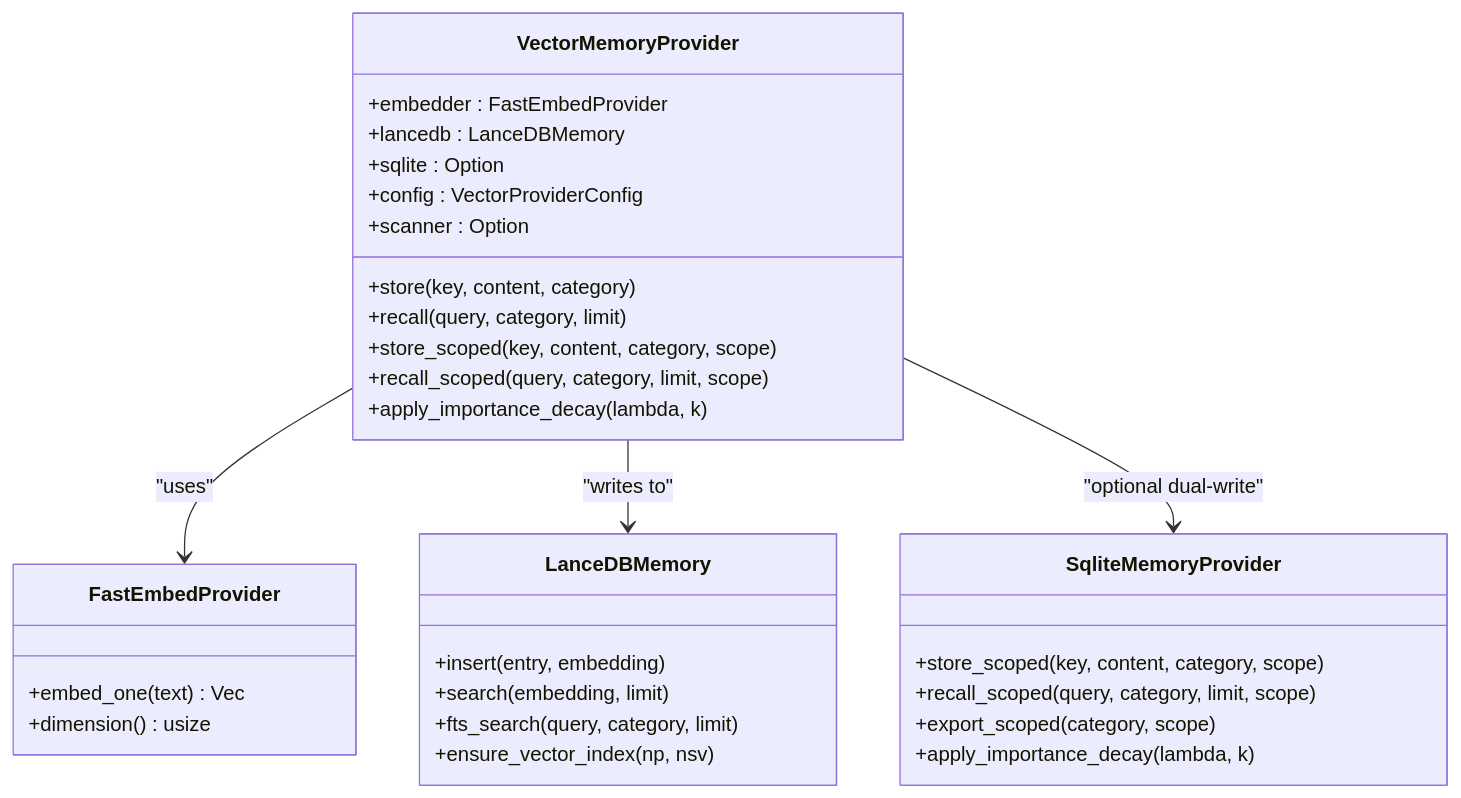
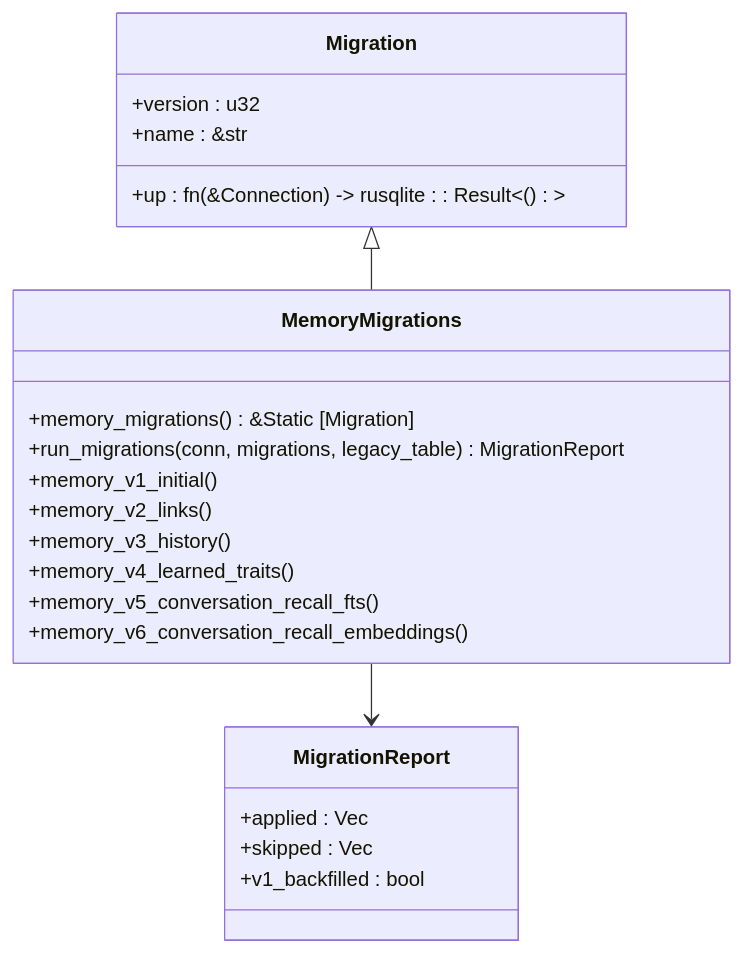
One commit to novolei/if2Ai changed the third of 4 diagrams in .qoder/repowiki/en/content/Memory System/Memory System.md. Above: the diagram before and after it, drawn with Mermaid. The commit also changed other lines of this file and 124 other files, not shown here.

````diff
--- a/.qoder/repowiki/en/content/Memory System/Memory System.md
+++ b/.qoder/repowiki/en/content/Memory System/Memory System.md
@@ -160,34 +211,25 @@
 ```mermaid
 classDiagram
-class VectorMemoryProvider {
-+embedder : FastEmbedProvider
-+lancedb : LanceDBMemory
-+sqlite : Option<SqliteMemoryProvider>
-+config : VectorProviderConfig
-+scanner : Option<ThreatScanner>
-+store(key, content, category)
-+recall(query, category, limit)
-+store_scoped(key, content, category, scope)
-+recall_scoped(query, category, limit, scope)
-+apply_importance_decay(lambda, k)
+class Migration {
++version : u32
++name : &str
++up : fn(&Connection) -> rusqlite : : Result<()>
 }
-class FastEmbedProvider {
-+embed_one(text) Vec<f32>
-+dimension() usize
+class MemoryMigrations {
++memory_migrations() &Static [Migration]
++run_migrations(conn, migrations, legacy_table) MigrationReport
++memory_v1_initial()
++memory_v2_links()
++memory_v3_history()
++memory_v4_learned_traits()
++memory_v5_conversation_recall_fts()
++memory_v6_conversation_recall_embeddings()
 }
-class LanceDBMemory {
-+insert(entry, embedding)
-+search(embedding, limit)
-+fts_search(query, category, limit)
-+ensure_vector_index(np, nsv)
+class MigrationReport {
++applied : Vec<u32>
++skipped : Vec<u32>
++v1_backfilled : bool
 }
-class SqliteMemoryProvider {
-+store_scoped(key, content, category, scope)
-+recall_scoped(query, category, limit, scope)
-+export_scoped(category, scope)
-+apply_importance_decay(lambda, k)
-}
-VectorMemoryProvider --> FastEmbedProvider : "uses"
-VectorMemoryProvider --> LanceDBMemory : "writes to"
-VectorMemoryProvider --> SqliteMemoryProvider : "optional dual-write"
+Migration <|-- MemoryMigrations
+MemoryMigrations --> MigrationReport
 ```
````
